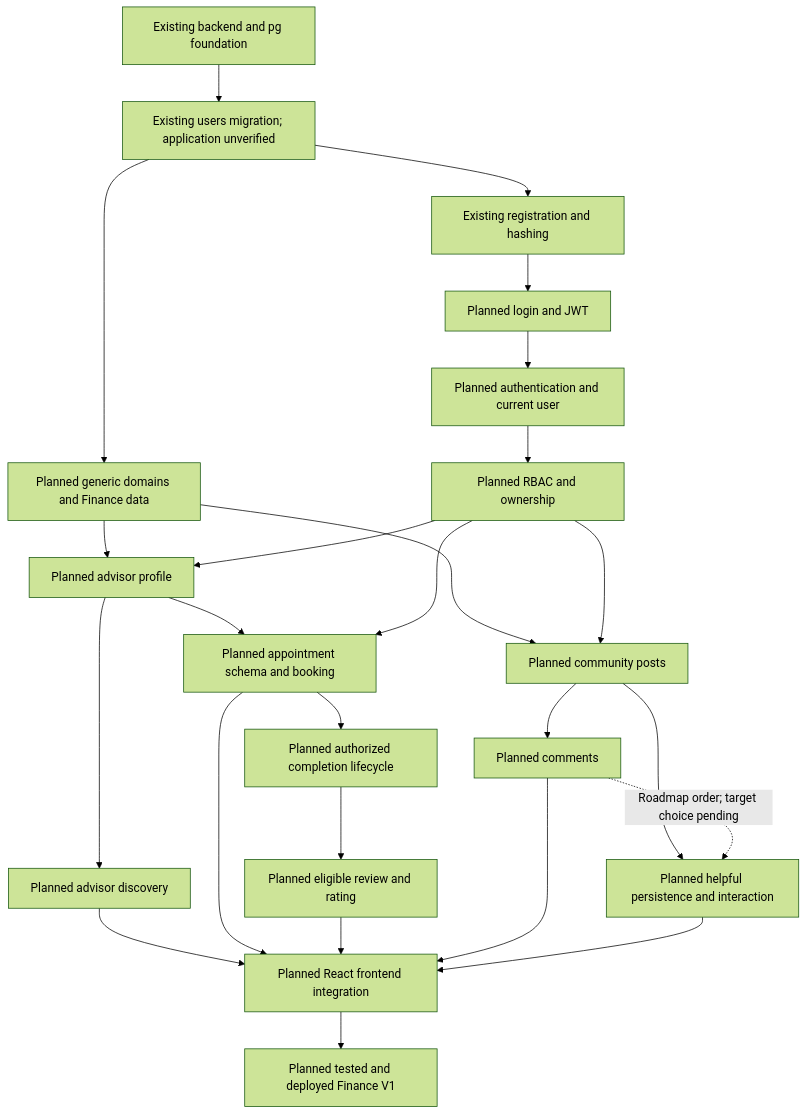
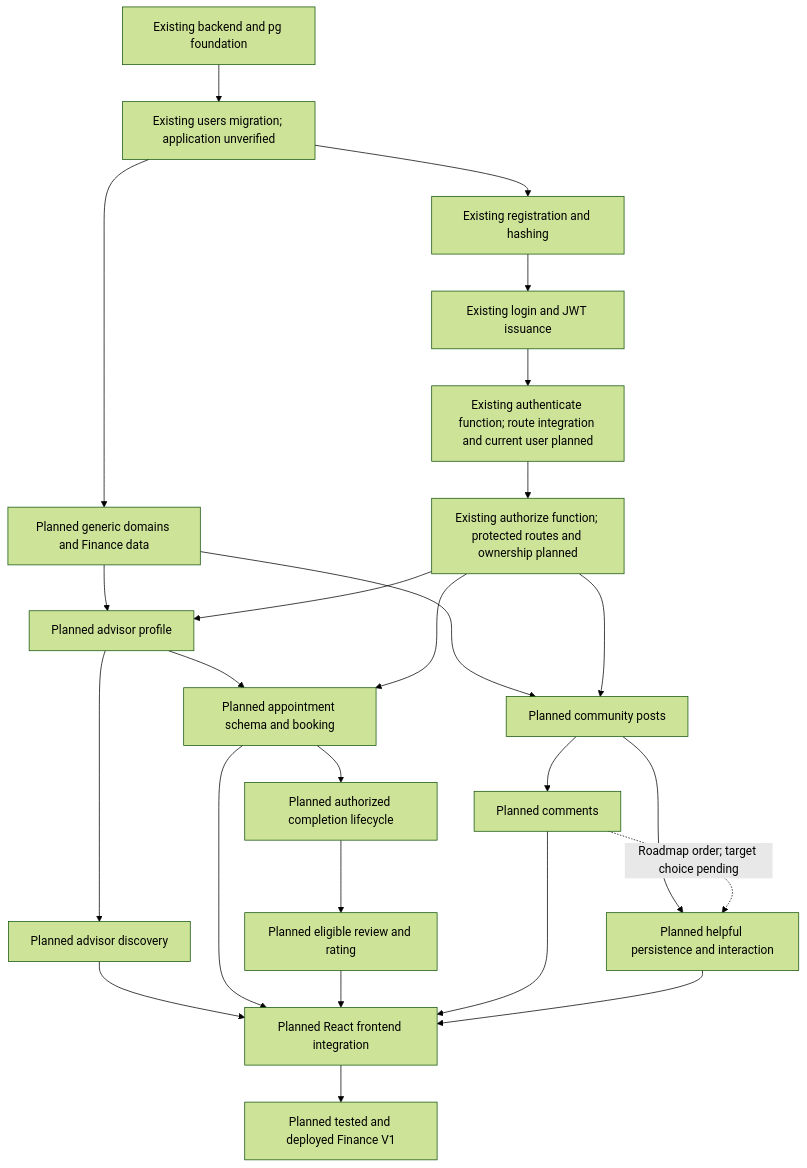
Before and after one commit to amriiit/consultify: the fifth of 5 diagrams in docs/CONSULTIFY_MASTER_SPEC.md, drawn with Mermaid (forest theme). The commit also changed other lines of this file and 4 other files, not shown here.

````diff
--- a/docs/CONSULTIFY_MASTER_SPEC.md
+++ b/docs/CONSULTIFY_MASTER_SPEC.md
@@ -1972,27 +1977,27 @@
 ```mermaid
 flowchart TD
     F[Existing backend and pg foundation] --> M[Existing users migration; application unverified]
     M --> R[Existing registration and hashing]
-    R --> L[Planned login and JWT]
-    L --> A[Planned authentication and current user]
-    A --> Z[Planned RBAC and ownership]
+    R --> L[Existing login and JWT issuance]
+    L --> A[Existing authenticate function; route integration and current user planned]
+    A --> Z[Existing authorize function; protected routes and ownership planned]
     M --> D[Planned generic domains and Finance data]
     D --> P[Planned advisor profile]
     Z --> P
     P --> Q[Planned advisor discovery]
     P --> B[Planned appointment schema and booking]
     Z --> B
     B --> C[Planned authorized completion lifecycle]
     C --> V[Planned eligible review and rating]
     D --> S[Planned community posts]
     Z --> S
     S --> T[Planned comments]
     S --> H[Planned helpful persistence and interaction]
     T -. Roadmap order; target choice pending .-> H
     Q --> UI[Planned React frontend integration]
     B --> UI
     V --> UI
     T --> UI
     H --> UI
     UI --> DONE[Planned tested and deployed Finance V1]
 ```
````
